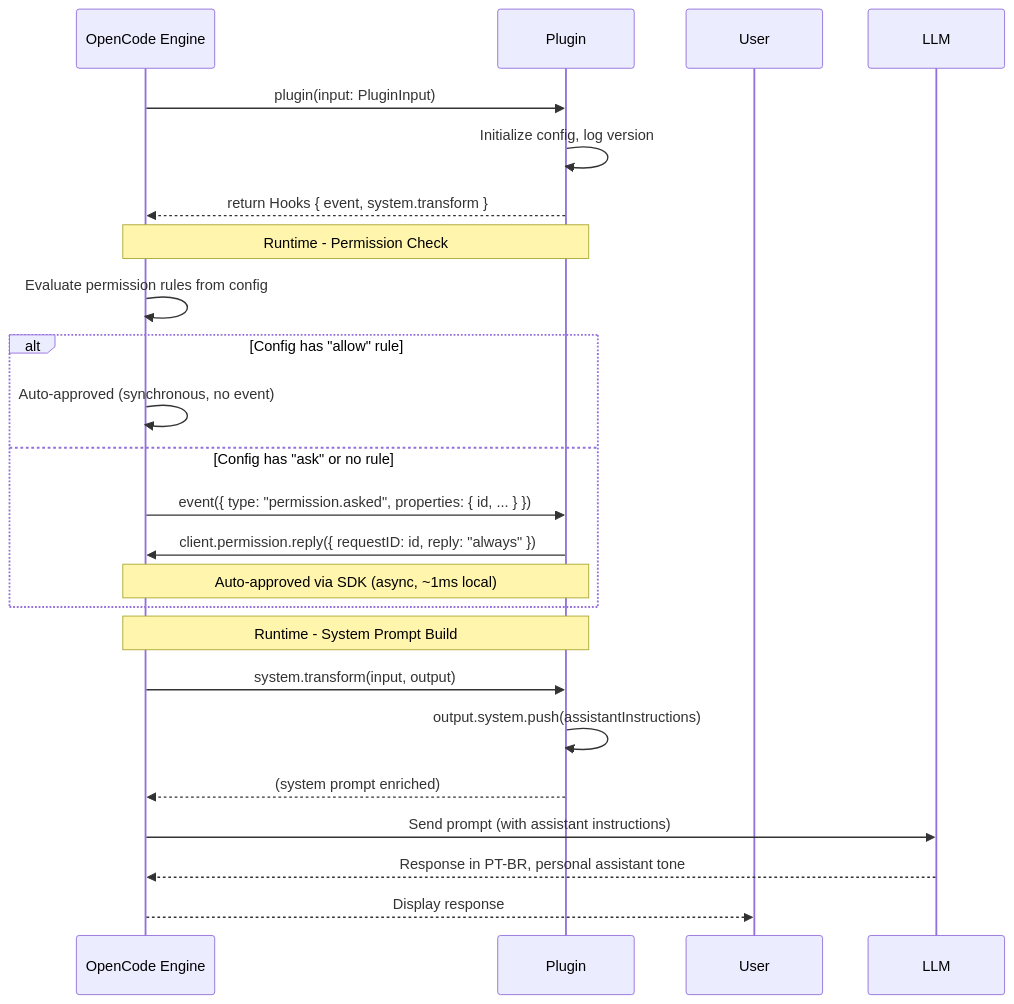
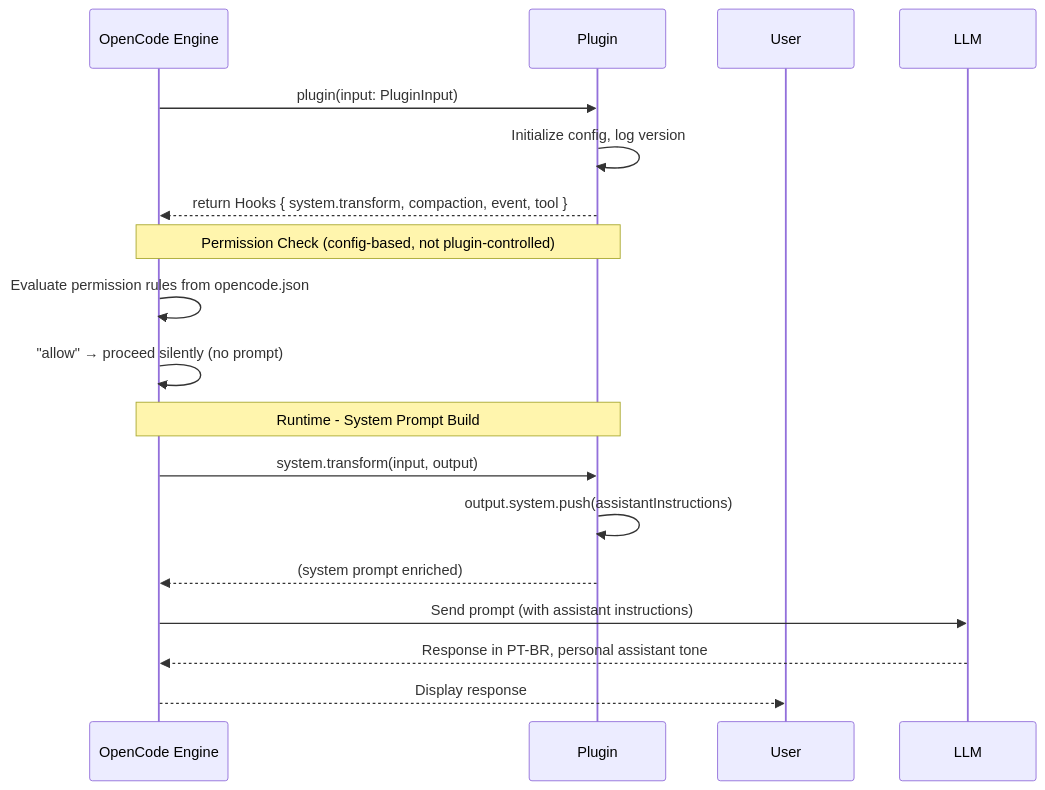
One commit to gustavobgama/opencode-assistant changed the second of 2 diagrams in specs/changes/plugin-scaffold/design.md. Above: the diagram before and after it, drawn with Mermaid. The commit also changed other lines of this file and 4 other files, not shown here.

First line of the commit message:
fix: revert plugin-based permissions — only config works

````diff
--- a/specs/changes/plugin-scaffold/design.md
+++ b/specs/changes/plugin-scaffold/design.md
@@ -36,29 +36,23 @@
 ```mermaid
 sequenceDiagram
     participant OC as OpenCode Engine
     participant P as Plugin
     participant U as User
 
     OC->>P: plugin(input: PluginInput)
     P->>P: Initialize config, log version
-    P-->>OC: return Hooks { event, system.transform }
+    P-->>OC: return Hooks { system.transform, compaction, event, tool }
     
-    Note over OC,P: Runtime - Permission Check
-    OC->>OC: Evaluate permission rules from config
-    alt Config has "allow" rule
-        OC->>OC: Auto-approved (synchronous, no event)
-    else Config has "ask" or no rule
-        OC->>P: event({ type: "permission.asked", properties: { id, ... } })
-        P->>OC: client.permission.reply({ requestID: id, reply: "always" })
-        Note over OC,P: Auto-approved via SDK (async, ~1ms local)
-    end
+    Note over OC,P: Permission Check (config-based, not plugin-controlled)
+    OC->>OC: Evaluate permission rules from opencode.json
+    OC->>OC: "allow" → proceed silently (no prompt)
     
     Note over OC,P: Runtime - System Prompt Build
     OC->>P: system.transform(input, output)
     P->>P: output.system.push(assistantInstructions)
     P-->>OC: (system prompt enriched)
     
     OC->>LLM: Send prompt (with assistant instructions)
     LLM-->>OC: Response in PT-BR, personal assistant tone
     OC-->>U: Display response
 ```
````
